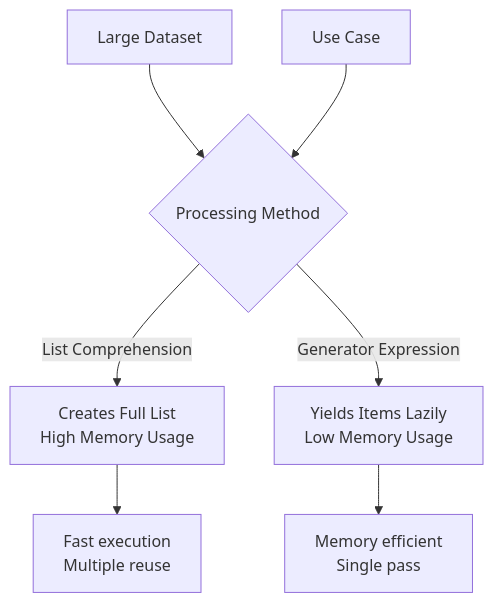
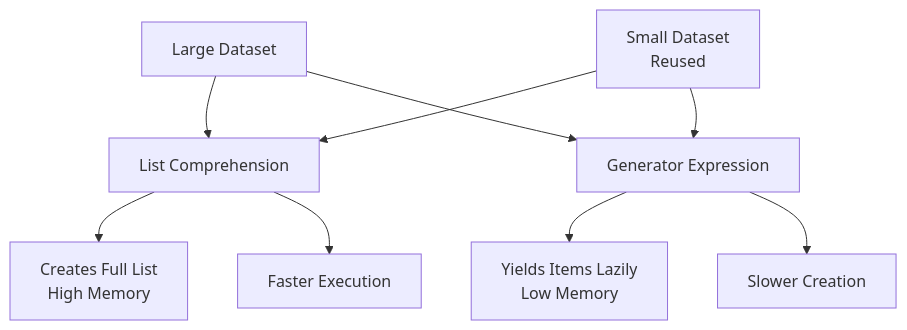
Before and after one commit to whereq/whereq.github.io-hexo: the fifth of 6 diagrams in source/_posts/Python-Looping-Iterators-The-Comprehensive-Guide.md, drawn with Mermaid. The commit also changed other lines of this file, not shown here.

````diff
--- a/source/_posts/Python-Looping-Iterators-The-Comprehensive-Guide.md
+++ b/source/_posts/Python-Looping-Iterators-The-Comprehensive-Guide.md
@@ -553,10 +542,12 @@
 ```mermaid
-flowchart TD
-    A[Large Dataset] --> B{Processing Method}
-    B -->|List Comprehension| C[Creates Full List<br/>High Memory Usage]
-    B -->|Generator Expression| D[Yields Items Lazily<br/>Low Memory Usage]
+graph TD
+    A[Large Dataset] --> B[List Comprehension]
+    A --> C[Generator Expression]
+    B --> D[Creates Full List<br/>High Memory]
+    C --> E[Yields Items Lazily<br/>Low Memory]
     
-    E[Use Case] --> B
-    C --> F[Fast execution<br/>Multiple reuse]
-    D --> G[Memory efficient<br/>Single pass]
+    F[Small Dataset<br/>Reused] --> B
+    F --> C
+    B --> G[Faster Execution]
+    C --> H[Slower Creation]
 ```
````
